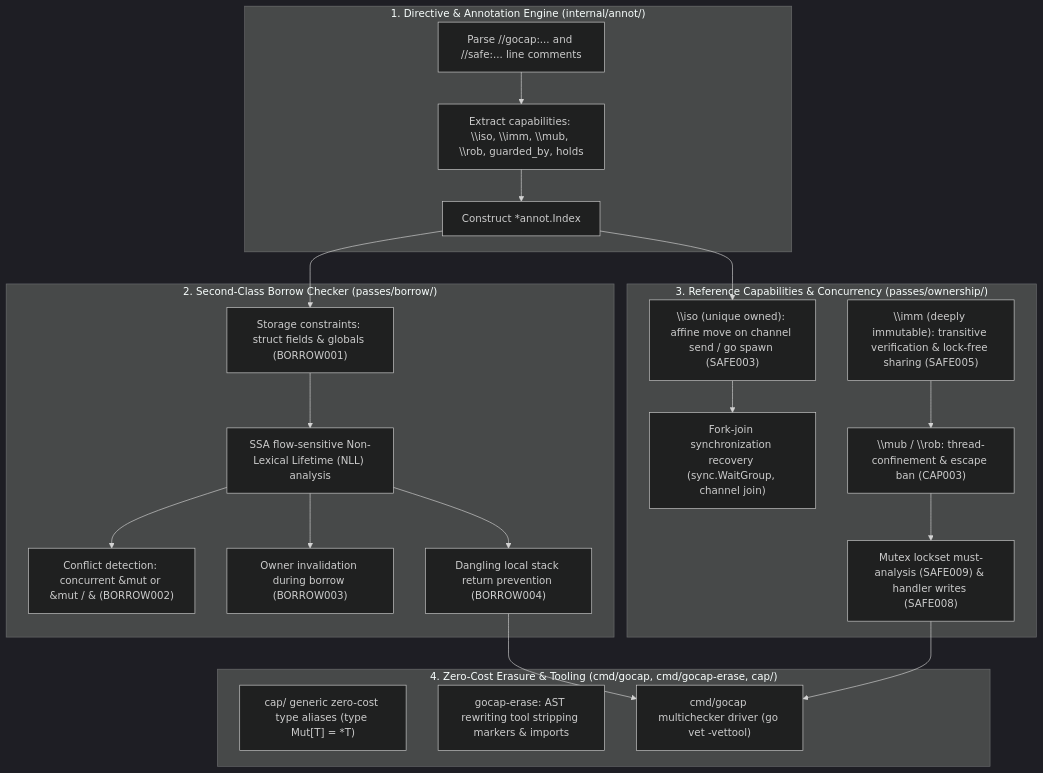
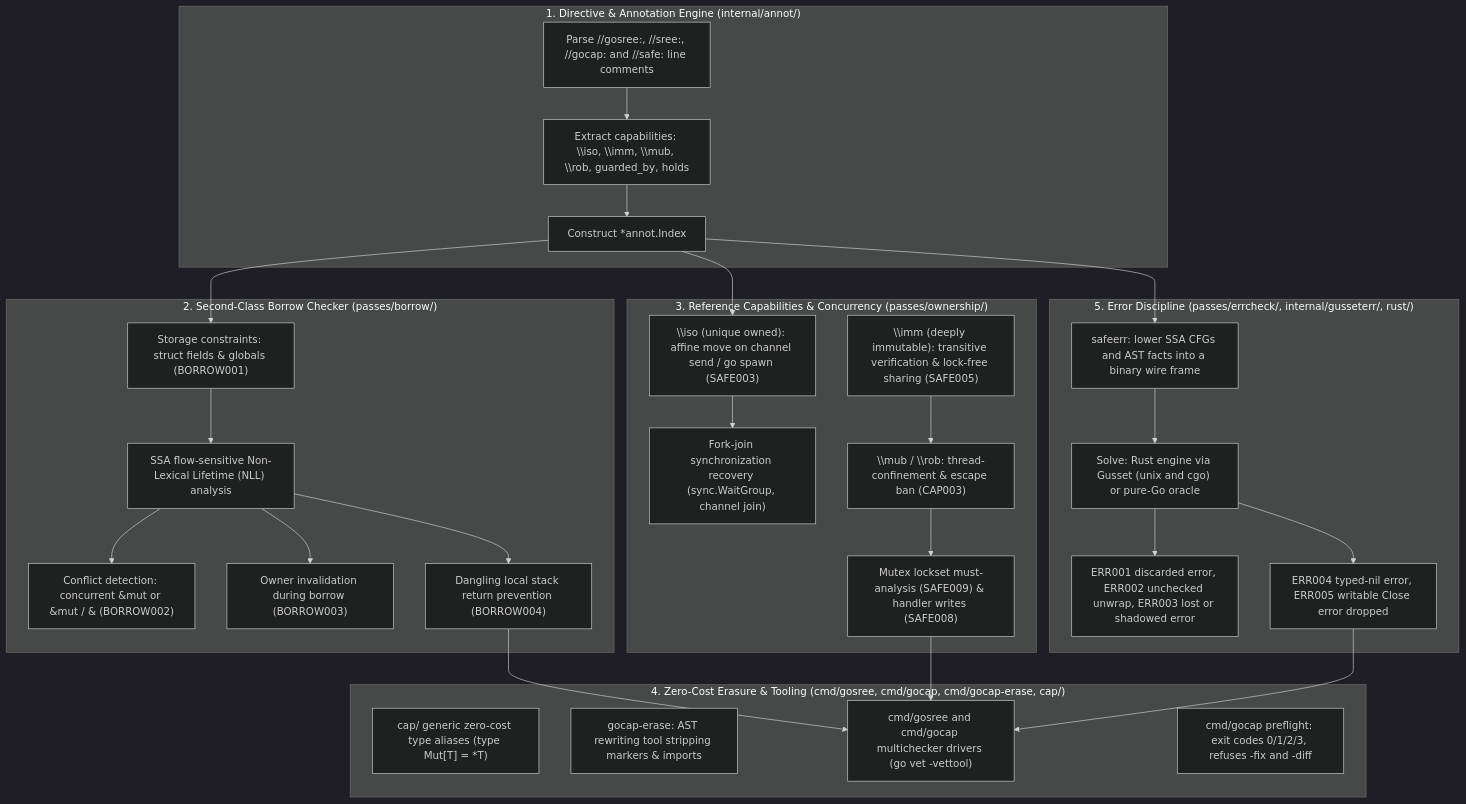
Before and after one commit to bharathvbcr/GoSree: the diagram in PROJECT.md, drawn with Mermaid (dark theme). The commit also changed other lines of this file and 96 other files, not shown here.

First line of the commit message:
Add error-discipline pass, Rust solver over gusset, gocap preflight; refresh docs

````diff
--- a/PROJECT.md
+++ b/PROJECT.md
@@ -18,39 +20,50 @@
 ```mermaid
 flowchart TD
     subgraph Directives ["1. Directive & Annotation Engine (internal/annot/)"]
-        D1["Parse //gocap:... and //safe:... line comments"]
+        D1["Parse //gosree:, //sree:, //gocap: and //safe: line comments"]
         D2["Extract capabilities: \\iso, \\imm, \\mub, \\rob, guarded_by, holds"]
         D3["Construct *annot.Index"]
         D1 --> D2 --> D3
     end
 
     subgraph Borrows ["2. Second-Class Borrow Checker (passes/borrow/)"]
         B1["Storage constraints: struct fields & globals (BORROW001)"]
         B2["SSA flow-sensitive Non-Lexical Lifetime (NLL) analysis"]
         B3["Conflict detection: concurrent &mut or &mut / & (BORROW002)"]
         B4["Owner invalidation during borrow (BORROW003)"]
         B5["Dangling local stack return prevention (BORROW004)"]
         B1 --> B2 --> B3 & B4 & B5
     end
 
     subgraph Ownership ["3. Reference Capabilities & Concurrency (passes/ownership/)"]
         O1["\\iso (unique owned): affine move on channel send / go spawn (SAFE003)"]
         O2["Fork-join synchronization recovery (sync.WaitGroup, channel join)"]
         O3["\\imm (deeply immutable): transitive verification & lock-free sharing (SAFE005)"]
         O4["\\mub / \\rob: thread-confinement & escape ban (CAP003)"]
         O5["Mutex lockset must-analysis (SAFE009) & handler writes (SAFE008)"]
         O1 --> O2
         O3 --> O4 --> O5
     end
 
-    subgraph Toolchain ["4. Zero-Cost Erasure & Tooling (cmd/gocap, cmd/gocap-erase, cap/)"]
+    subgraph Toolchain ["4. Zero-Cost Erasure & Tooling (cmd/gosree, cmd/gocap, cmd/gocap-erase, cap/)"]
         T1["cap/ generic zero-cost type aliases (type Mut[T] = *T)"]
         T2["gocap-erase: AST rewriting tool stripping markers & imports"]
-        T3["cmd/gocap multichecker driver (go vet -vettool)"]
+        T3["cmd/gosree and cmd/gocap multichecker drivers (go vet -vettool)"]
+        T4["cmd/gocap preflight: exit codes 0/1/2/3, refuses -fix and -diff"]
+    end
+
+    subgraph Errors ["5. Error Discipline (passes/errcheck/, internal/gusseterr/, rust/)"]
+        E1["safeerr: lower SSA CFGs and AST facts into a binary wire frame"]
+        E2["Solve: Rust engine via Gusset (unix and cgo) or pure-Go oracle"]
+        E3["ERR001 discarded error, ERR002 unchecked unwrap, ERR003 lost or shadowed error"]
+        E4["ERR004 typed-nil error, ERR005 writable Close error dropped"]
+        E1 --> E2 --> E3 & E4
     end
 
     D3 --> B1
     D3 --> O1
+    D3 --> E1
     B5 --> T3
     O5 --> T3
+    E4 --> T3
 ```
````
